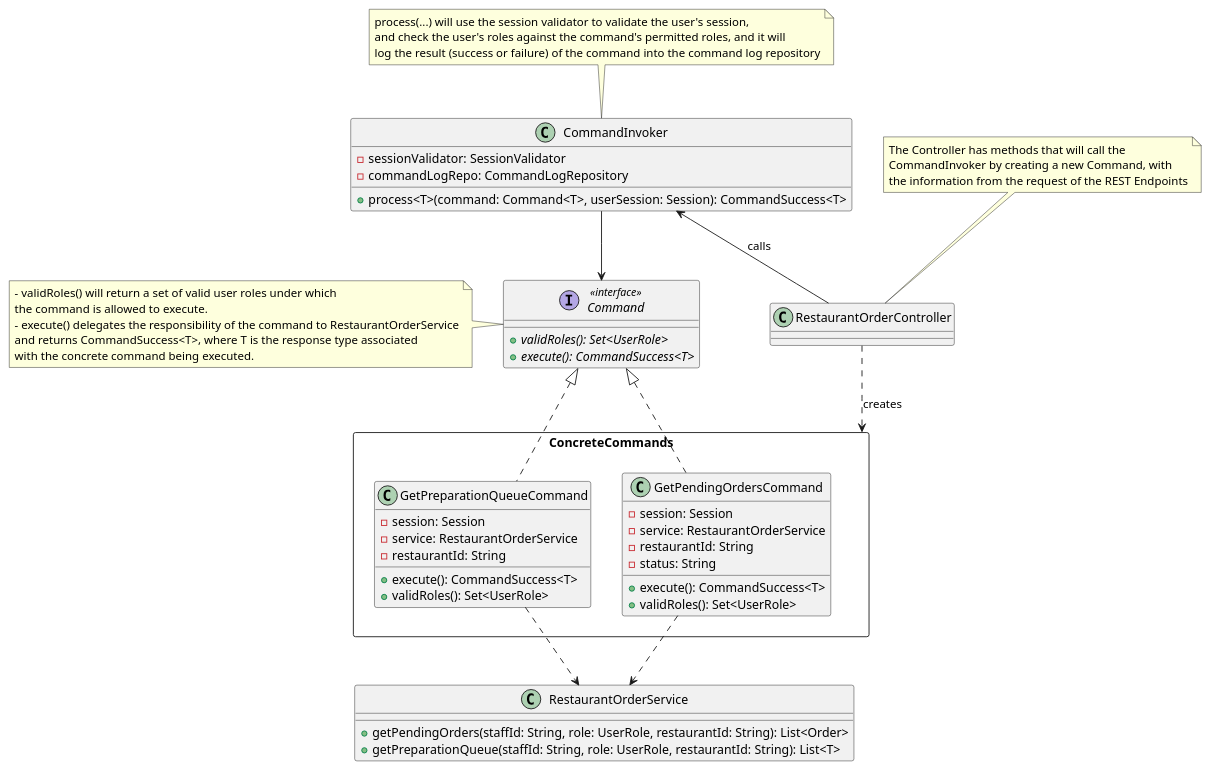
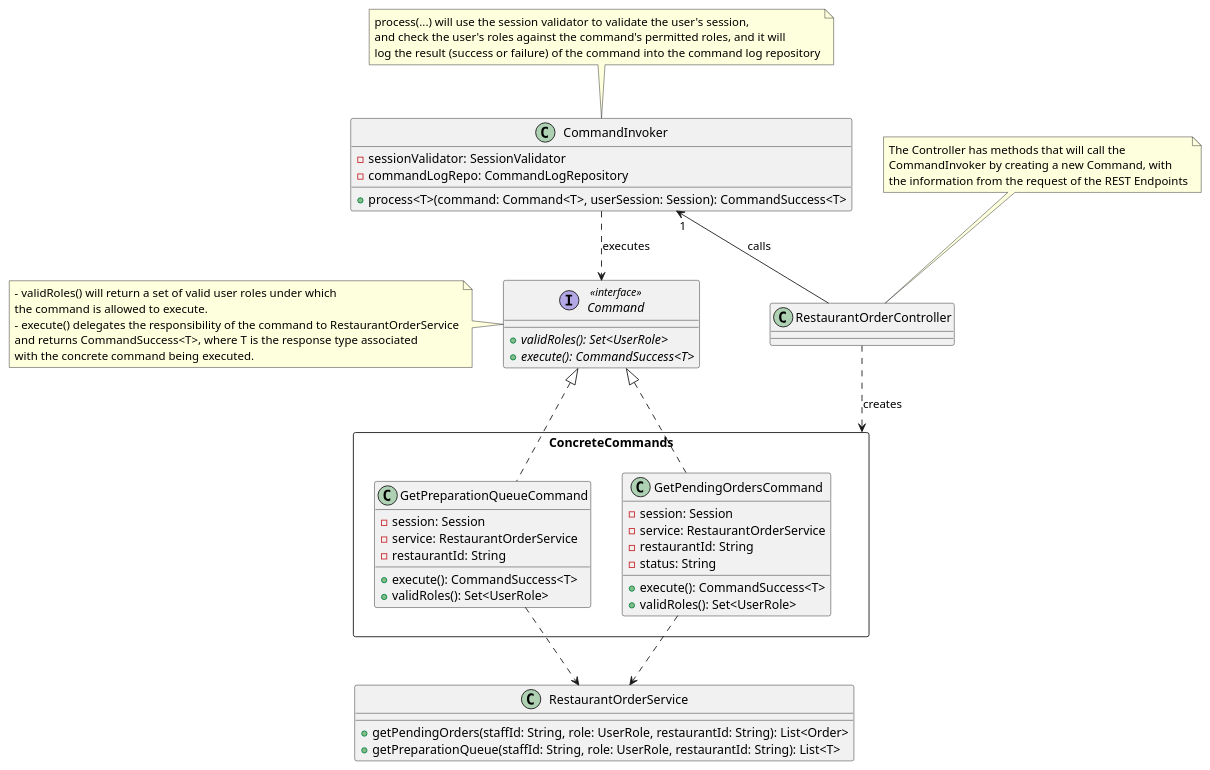
Before and after one commit to MonishKD/HelloWorldprint_HI: the diagram in diagrams/commandDP/RestaurantOrderControllerVersion.puml, drawn with PlantUML. The commit also changed 3 other files, not shown here.

Commit message:
Minor Command UML Diagram modifications

```diff
--- a/diagrams/commandDP/RestaurantOrderControllerVersion.puml
+++ b/diagrams/commandDP/RestaurantOrderControllerVersion.puml
@@ -1,65 +1,65 @@
 @startuml RestaurantOrderControllerVersionCOMMAND
 
 class RestaurantOrderController {
 
 }
-CommandInvoker <-down- RestaurantOrderController: calls
+CommandInvoker "1" <-down- RestaurantOrderController: calls
 
 note "The Controller has methods that will call the \nCommandInvoker by creating a new Command, with \nthe information from the request of the REST Endpoints" as N1
 N1 -down- RestaurantOrderController
 'Command, CommandInvoker, CommandLog
 class CommandInvoker {
     - sessionValidator: SessionValidator
     - commandLogRepo: CommandLogRepository
     + process<T>(command: Command<T>, userSession: Session): CommandSuccess<T>
 }
 note "process(...) will use the session validator to validate the user's session, \nand check the user's roles against the command's permitted roles, and it will \nlog the result (success or failure) of the command into the command log repository" as N2
 N2 -down- CommandInvoker
 
-CommandInvoker -down-> Command
+CommandInvoker .down.> Command : executes
 interface Command <<interface>> {
     + {abstract} validRoles(): Set<UserRole>
     + {abstract} execute(): CommandSuccess<T>
 }
 
 note left of Command
     - validRoles() will return a set of valid user roles under which
     the command is allowed to execute.
     - execute() delegates the responsibility of the command to RestaurantOrderService
     and returns CommandSuccess<T>, where T is the response type associated 
     with the concrete command being executed.
 end note
 
 RestaurantOrderController ..> ConcreteCommands : creates
 rectangle ConcreteCommands {
     class GetPendingOrdersCommand{
         - session: Session
         - service: RestaurantOrderService
         - restaurantId: String
         - status: String
         + execute(): CommandSuccess<T>
         + validRoles(): Set<UserRole>
     }
 
     class GetPreparationQueueCommand{
         - session: Session
         - service: RestaurantOrderService
         - restaurantId: String
         + execute(): CommandSuccess<T>
         + validRoles(): Set<UserRole>
     }
 
 }
 
 Command <|.. GetPendingOrdersCommand
 Command <|.. GetPreparationQueueCommand
 
 RestaurantOrderService <.up. GetPendingOrdersCommand
 RestaurantOrderService <.up. GetPreparationQueueCommand
 
 class RestaurantOrderService {
     + getPendingOrders(staffId: String, role: UserRole, restaurantId: String): List<Order>
     + getPreparationQueue(staffId: String, role: UserRole, restaurantId: String): List<T>
 }
 
 @enduml
```
